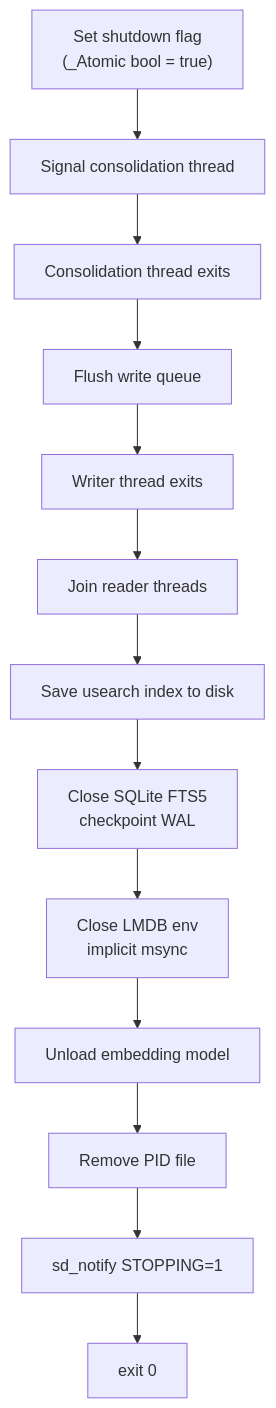
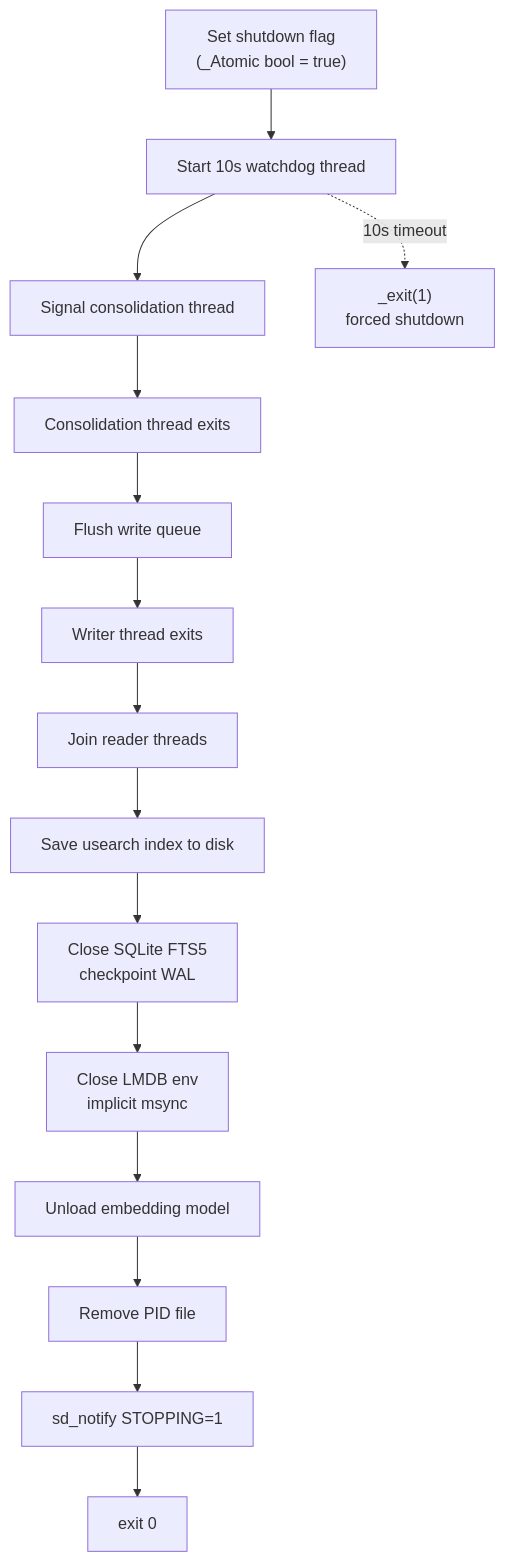
One commit to rondilley/MnemonAI changed the eighth of 9 diagrams in doc/ARCHITECTURE.md. Above: the diagram before and after it, drawn with Mermaid. The commit also changed other lines of this file and 16 other files, not shown here.

````diff
--- a/doc/ARCHITECTURE.md
+++ b/doc/ARCHITECTURE.md
@@ -1126,15 +1126,17 @@
 ```mermaid
 graph TD
-    A["Set shutdown flag<br/>(_Atomic bool = true)"] --> B[Signal consolidation thread]
+    A["Set shutdown flag<br/>(_Atomic bool = true)"] --> WD[Start 10s watchdog thread]
+    WD --> B[Signal consolidation thread]
     B --> C[Consolidation thread exits]
     C --> D[Flush write queue]
     D --> E[Writer thread exits]
     E --> F[Join reader threads]
     F --> G[Save usearch index to disk]
     G --> H[Close SQLite FTS5<br/>checkpoint WAL]
     H --> I[Close LMDB env<br/>implicit msync]
     I --> J[Unload embedding model]
     J --> K[Remove PID file]
     K --> L["sd_notify STOPPING=1"]
     L --> M[exit 0]
+    WD -. "10s timeout" .-> FORCE["_exit(1)<br/>forced shutdown"]
 ```
````
